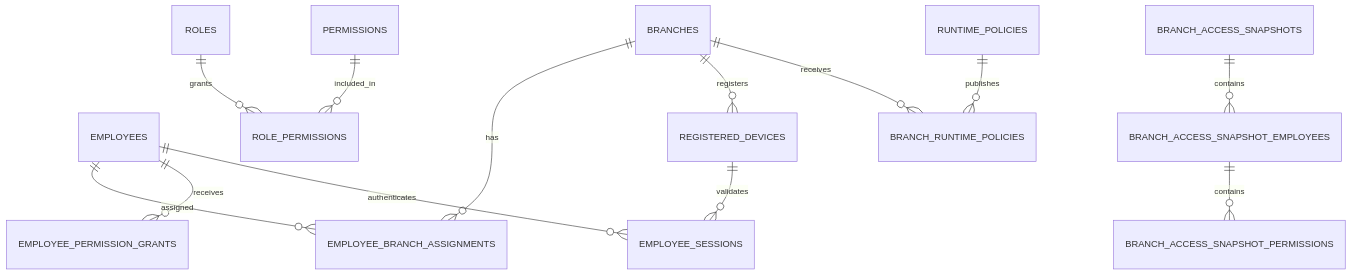
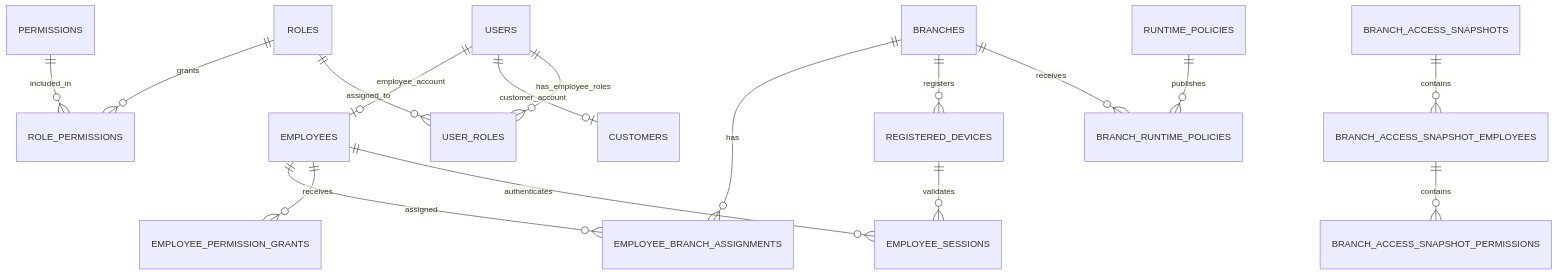
The first of 9 diagrams in docs/technical-design/25-module-level-erd-package.md (hayajnehali/SupermarketSystem), drawn with Mermaid before and after one commit. The commit also changed other lines of this file, not shown here.

Commit message:
docs: reconcile 25-module-level-erd-package with TD-29

````diff
--- a/docs/technical-design/25-module-level-erd-package.md
+++ b/docs/technical-design/25-module-level-erd-package.md
@@ -20,15 +20,19 @@
 ```mermaid
 erDiagram
+    USERS ||--o| EMPLOYEES : employee_account
+    USERS ||--o| CUSTOMERS : customer_account
     BRANCHES ||--o{ EMPLOYEE_BRANCH_ASSIGNMENTS : has
     EMPLOYEES ||--o{ EMPLOYEE_BRANCH_ASSIGNMENTS : assigned
     ROLES ||--o{ ROLE_PERMISSIONS : grants
     PERMISSIONS ||--o{ ROLE_PERMISSIONS : included_in
     EMPLOYEES ||--o{ EMPLOYEE_PERMISSION_GRANTS : receives
+    USERS ||--o{ USER_ROLES : has_employee_roles
+    ROLES ||--o{ USER_ROLES : assigned_to
     EMPLOYEES ||--o{ EMPLOYEE_SESSIONS : authenticates
     REGISTERED_DEVICES ||--o{ EMPLOYEE_SESSIONS : validates
     BRANCH_ACCESS_SNAPSHOTS ||--o{ BRANCH_ACCESS_SNAPSHOT_EMPLOYEES : contains
     BRANCH_ACCESS_SNAPSHOT_EMPLOYEES ||--o{ BRANCH_ACCESS_SNAPSHOT_PERMISSIONS : contains
     BRANCHES ||--o{ REGISTERED_DEVICES : registers
     BRANCHES ||--o{ BRANCH_RUNTIME_POLICIES : receives
     RUNTIME_POLICIES ||--o{ BRANCH_RUNTIME_POLICIES : publishes
 ```
````
